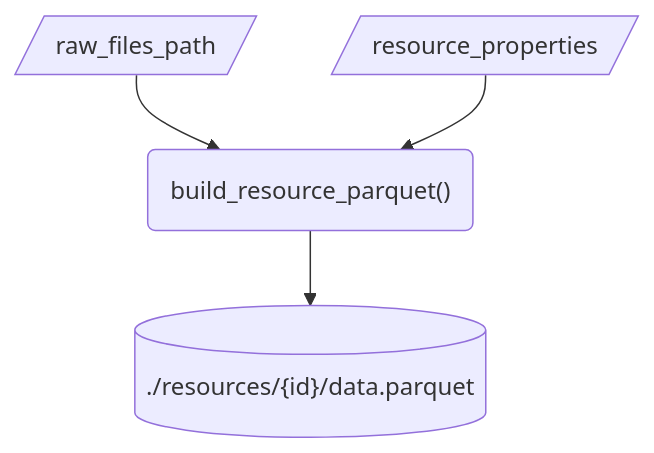
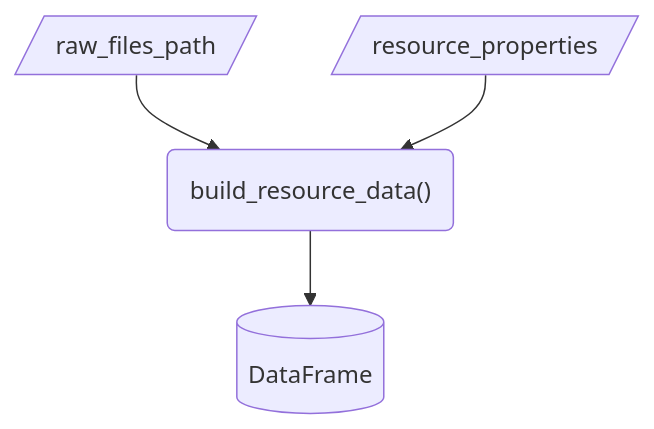
One commit to seedcase-project/seedcase-sprout changed the second of 2 diagrams in docs/design/interface/functions.qmd. Above: the diagram before and after it, drawn with Mermaid. The commit also changed other lines of this file and 1 other file, not shown here.

Commit message:
docs: :building_construction: revise to `build_resource_data()` to output a DataFrame

````diff
--- a/docs/design/interface/functions.qmd
+++ b/docs/design/interface/functions.qmd
@@ -135,10 +135,10 @@
 ```{mermaid}
 flowchart
     in_raw_files_path[/raw_files_path/]
     in_properties[/resource_properties/]
-    function("build_resource_parquet()")
-    out[("./resources/{id}/data.parquet")]
+    function("build_resource_data()")
+    out[("DataFrame")]
     in_raw_files_path --> function
     in_properties --> function
     function --> out
 ```
````
